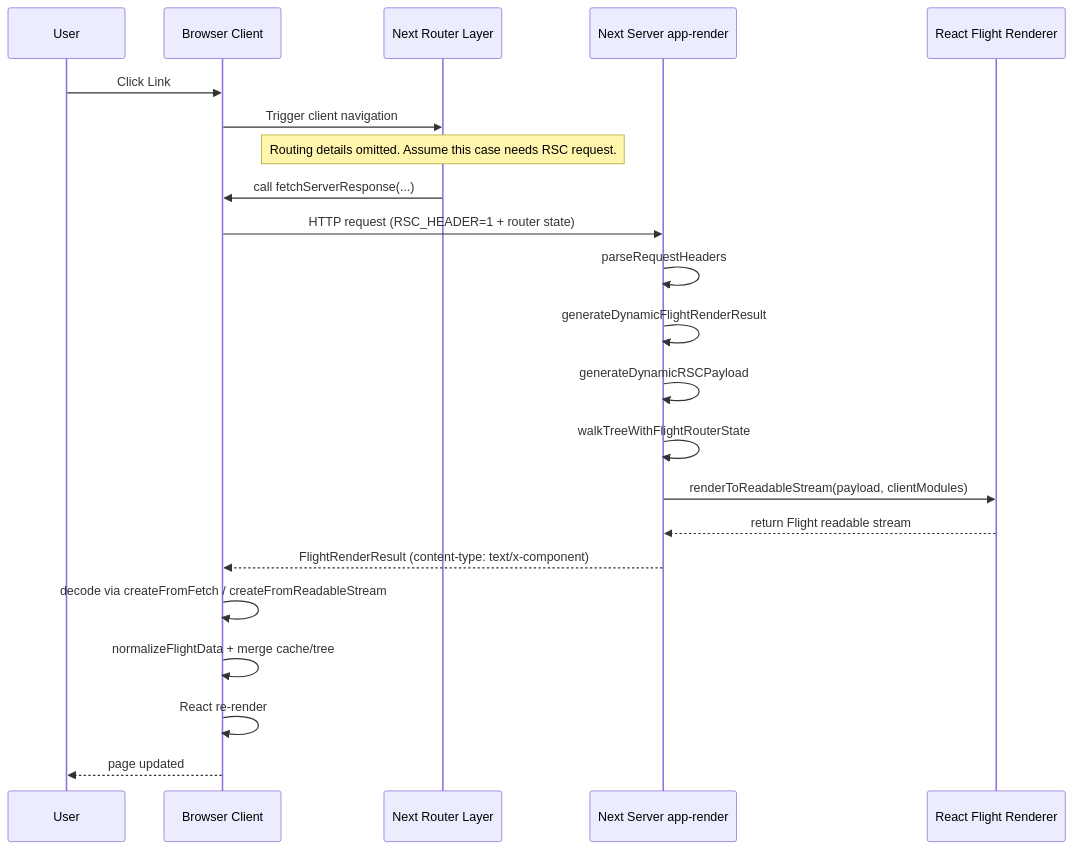
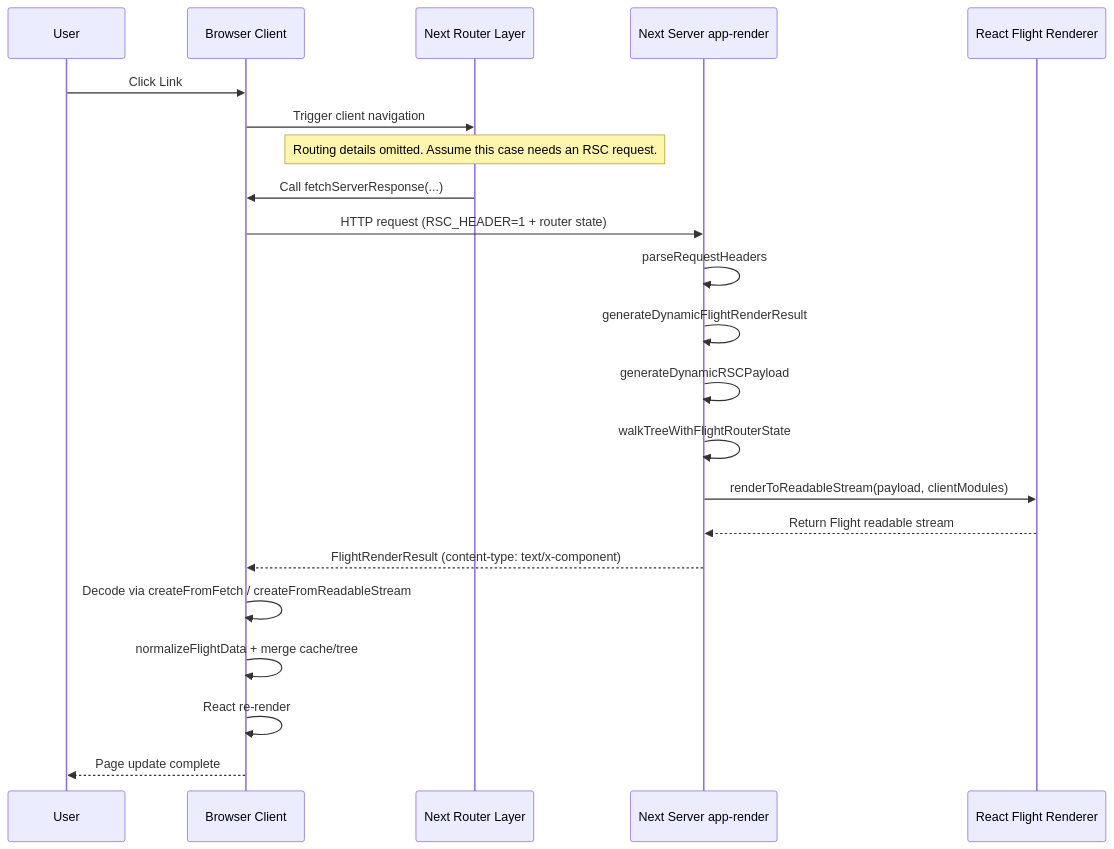
The first of 3 diagrams in src/content/blog/rsc-learn-en.md (Dilettante258/homepage), drawn with Mermaid before and after one commit. The commit also changed other lines of this file and 1 other file, not shown here.

Commit message:
refactor(blog): update rsc learn posts in zh and en

````diff
--- a/src/content/blog/rsc-learn-en.md
+++ b/src/content/blog/rsc-learn-en.md
@@ -170,28 +169,28 @@
 ```mermaid
 sequenceDiagram
     participant U as User
     participant C as Browser Client
     participant R as Next Router Layer
     participant S as Next Server app-render
     participant F as React Flight Renderer
 
     U->>C: Click Link
     C->>R: Trigger client navigation
-    Note over R: Routing details omitted. Assume this case needs RSC request.
+    Note over R: Routing details omitted. Assume this case needs an RSC request.
 
-    R->>C: call fetchServerResponse(...)
+    R->>C: Call fetchServerResponse(...)
     C->>S: HTTP request (RSC_HEADER=1 + router state)
 
     S->>S: parseRequestHeaders
     S->>S: generateDynamicFlightRenderResult
     S->>S: generateDynamicRSCPayload
     S->>S: walkTreeWithFlightRouterState
     S->>F: renderToReadableStream(payload, clientModules)
-    F-->>S: return Flight readable stream
+    F-->>S: Return Flight readable stream
     S-->>C: FlightRenderResult (content-type: text/x-component)
 
-    C->>C: decode via createFromFetch / createFromReadableStream
+    C->>C: Decode via createFromFetch / createFromReadableStream
     C->>C: normalizeFlightData + merge cache/tree
     C->>C: React re-render
-    C-->>U: page updated
+    C-->>U: Page update complete
 ```
````
